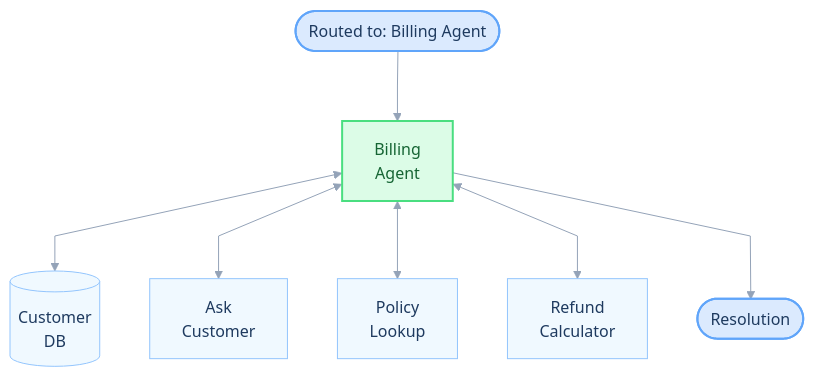
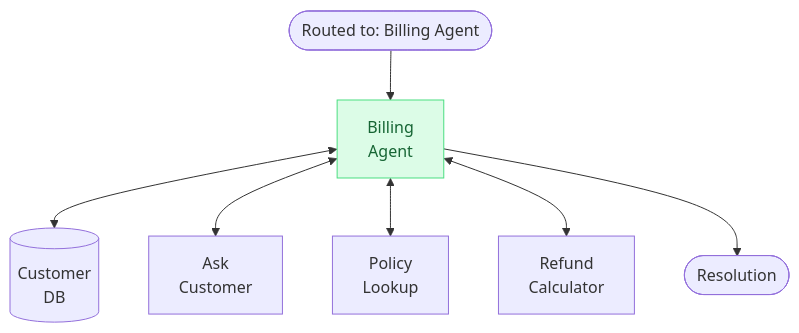
Before and after one commit to daveebbelaar/ai-cookbook: the third of 6 diagrams in agents/autonomy-levels/README.md, drawn with Mermaid. The commit also changed other lines of this file, not shown here.

Commit message:
Refactor README.md to simplify flowchart configurations and enhance clarity by removing redundant styling elements, improving readability of AI autonomy levels and orchestration details.

````diff
--- a/agents/autonomy-levels/README.md
+++ b/agents/autonomy-levels/README.md
@@ -91,29 +56,13 @@
 ```mermaid
----
-config:
-  theme: base
-  themeVariables:
-    primaryColor: "#dbeafe"
-    primaryTextColor: "#1e3a5f"
-    primaryBorderColor: "#93c5fd"
-    lineColor: "#94a3b8"
-  flowchart:
-    curve: linear
-    padding: 16
-    nodeSpacing: 50
-    rankSpacing: 70
----
 flowchart TB
-    ROUTE(["Routed to: Billing Agent"]):::input --> AGENT["Billing<br>Agent"]:::agent
+    ROUTE(["Routed to: Billing Agent"]) --> AGENT["Billing<br>Agent"]:::agent
 
-    AGENT <--> DB[("Customer<br>DB")]:::tool
-    AGENT <--> CUSTOMER["Ask<br>Customer"]:::tool
-    AGENT <--> POLICY["Policy<br>Lookup"]:::tool
-    AGENT <--> CALC["Refund<br>Calculator"]:::tool
+    AGENT <--> DB[("Customer<br>DB")]
+    AGENT <--> CUSTOMER["Ask<br>Customer"]
+    AGENT <--> POLICY["Policy<br>Lookup"]
+    AGENT <--> CALC["Refund<br>Calculator"]
 
-    AGENT --> RESULT(["Resolution"]):::input
+    AGENT --> RESULT(["Resolution"])
 
-    classDef input fill:#dbeafe,stroke:#60a5fa,color:#1e3a5f,stroke-width:2px
-    classDef agent fill:#dcfce7,stroke:#4ade80,color:#166534,stroke-width:2px
-    classDef tool fill:#f0f9ff,stroke:#93c5fd,color:#1e3a5f,stroke-width:1px
+    classDef agent fill:#dcfce7,stroke:#4ade80,color:#166534
 ```
````
